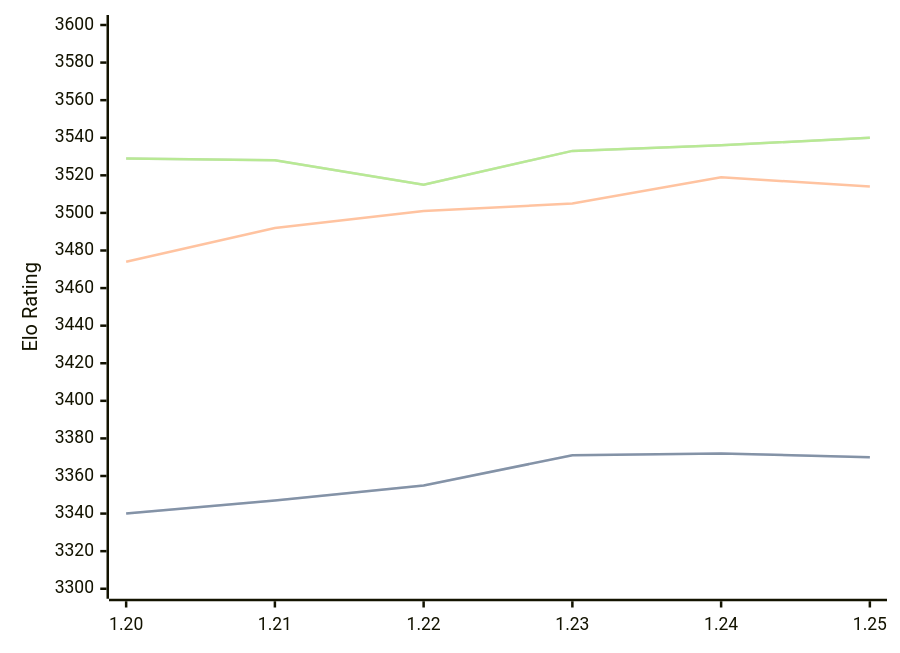
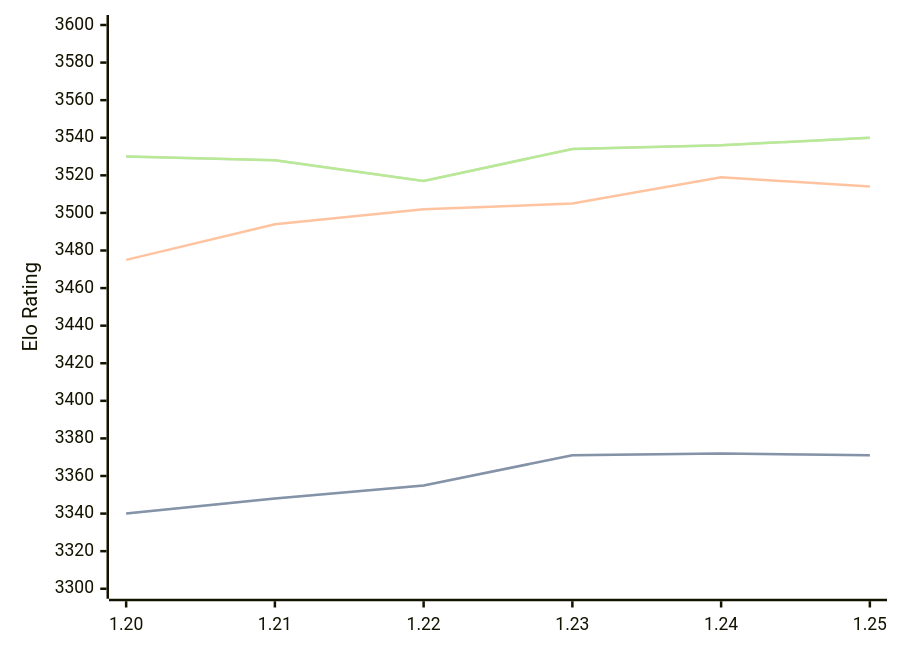
The third of 3 diagrams in engines/Caissa.md (computer-chess-index/cci), drawn with Mermaid before and after one commit. The commit also changed other lines of this file, not shown here.

Commit message:
Update CCI Ratings (ELO VLTC) - 2026-06-16

````diff
--- a/engines/Caissa.md
+++ b/engines/Caissa.md
@@ -98,11 +98,11 @@
 ```mermaid
 %%{init: {"theme":"base","themeVariables":{"seriesColors:['#a3a3a3','#222221','#faa371']}}}%%
 xychart-beta
   x-axis ["1.20", "1.21", "1.22", "1.23", "1.24", "1.25"]
   y-axis "Elo Rating" 3300 --> 3600
-  line "STC (8.0+0.08s)" [3340, 3347, 3355, 3371, 3372, 3370]
-  line "STC (8.0+0.08s)" [3340, 3347, 3355, 3371, 3372, 3370]
-  line "LTC (60.0+0.60s)" [3474, 3492, 3501, 3505, 3519, 3514]
-  line "VLTC (2m24s+1.12s)" [3529, 3528, 3515, 3533, 3536, 3540]
-  line "VLTC (2m24s+1.12s)" [3529, 3528, 3515, 3533, 3536, 3540]
+  line "STC (8.0+0.08s)" [3340, 3348, 3355, 3371, 3372, 3371]
+  line "STC (8.0+0.08s)" [3340, 3348, 3355, 3371, 3372, 3371]
+  line "LTC (60.0+0.60s)" [3475, 3494, 3502, 3505, 3519, 3514]
+  line "VLTC (2m24s+1.12s)" [3530, 3528, 3517, 3534, 3536, 3540]
+  line "VLTC (2m24s+1.12s)" [3530, 3528, 3517, 3534, 3536, 3540]
 ```
````
